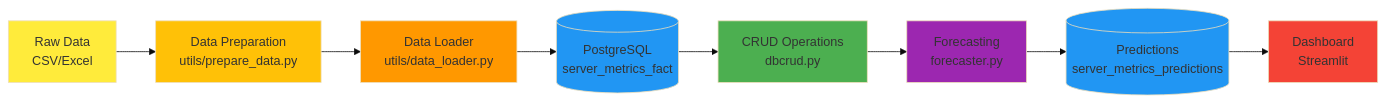
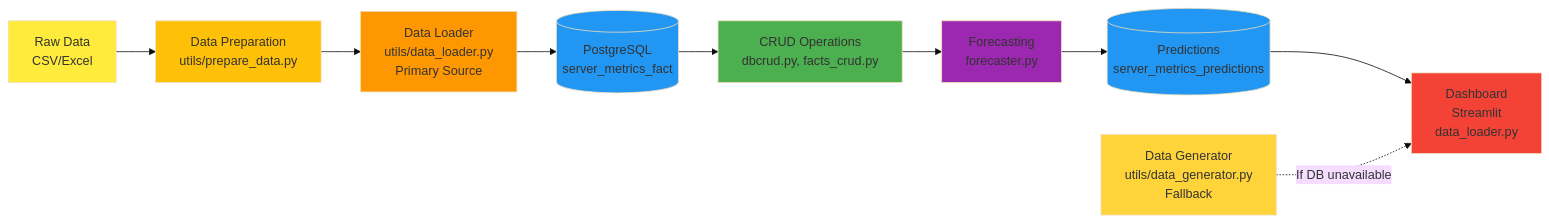
One commit to sweetd0vee/dashboard changed diagram 14 of 16 in docs/ARCHITECTURE.md. Above: the diagram before and after it, drawn with Mermaid (base theme). The commit also changed other lines of this file, not shown here.

Commit message:
added architecture

````diff
--- a/docs/ARCHITECTURE.md
+++ b/docs/ARCHITECTURE.md
@@ -625,19 +833,22 @@
 ```mermaid
 graph LR
     Raw[Raw Data<br/>CSV/Excel] --> Prep[Data Preparation<br/>utils/prepare_data.py]
-    Prep --> Load[Data Loader<br/>utils/data_loader.py]
+    Prep --> Load[Data Loader<br/>utils/data_loader.py<br/>Primary Source]
     Load --> DB[(PostgreSQL<br/>server_metrics_fact)]
-    DB --> Query[CRUD Operations<br/>dbcrud.py]
+    DB --> Query[CRUD Operations<br/>dbcrud.py, facts_crud.py]
     Query --> Forecast[Forecasting<br/>forecaster.py]
     Forecast --> Predictions[(Predictions<br/>server_metrics_predictions)]
-    Predictions --> UI[Dashboard<br/>Streamlit]
+    Predictions --> UI[Dashboard<br/>Streamlit<br/>data_loader.py]
+    
+    Fallback[Data Generator<br/>utils/data_generator.py<br/>Fallback] -.->|If DB unavailable| UI
     
     style Raw fill:#ffeb3b
     style Prep fill:#ffc107
     style Load fill:#ff9800
     style DB fill:#2196f3
     style Query fill:#4caf50
     style Forecast fill:#9c27b0
     style Predictions fill:#2196f3
     style UI fill:#f44336
+    style Fallback fill:#ffd43b
 ```
````
